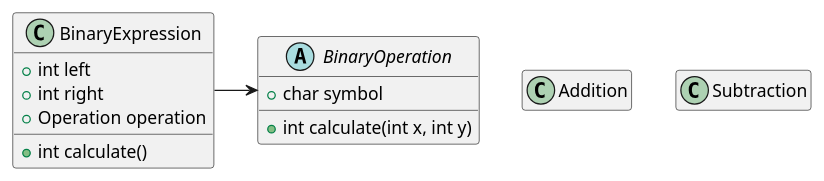
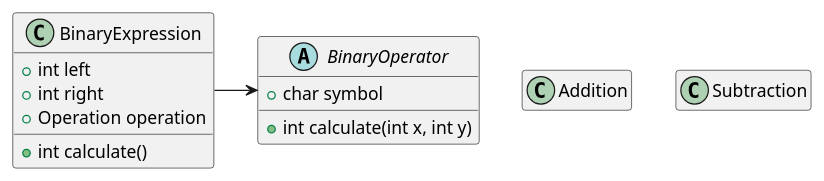
One commit to jonasbha/SOLID changed the diagram in docs/domainmodel.puml. Above: the diagram before and after it, drawn with PlantUML. The commit also changed 4 other files, not shown here.

```diff
--- a/docs/domainmodel.puml
+++ b/docs/domainmodel.puml
@@ -1,25 +1,25 @@
 @startuml
 
 hide empty members
 
 class BinaryExpression {
     + int left
     + int right
     + Operation operation
     + int calculate()
 }
 
-abstract class BinaryOperation {
+abstract class BinaryOperator {
     + char symbol
     + int calculate(int x, int y)
 }
 
 class Addition {
 }
 
 class Subtraction {
 }
 
-BinaryExpression -> BinaryOperation
+BinaryExpression -> BinaryOperator
 
 @enduml
```
